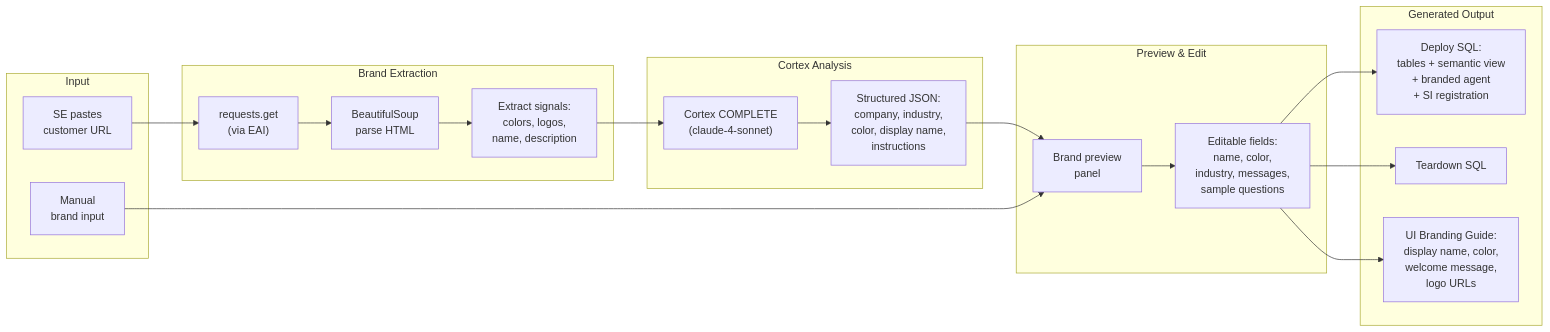
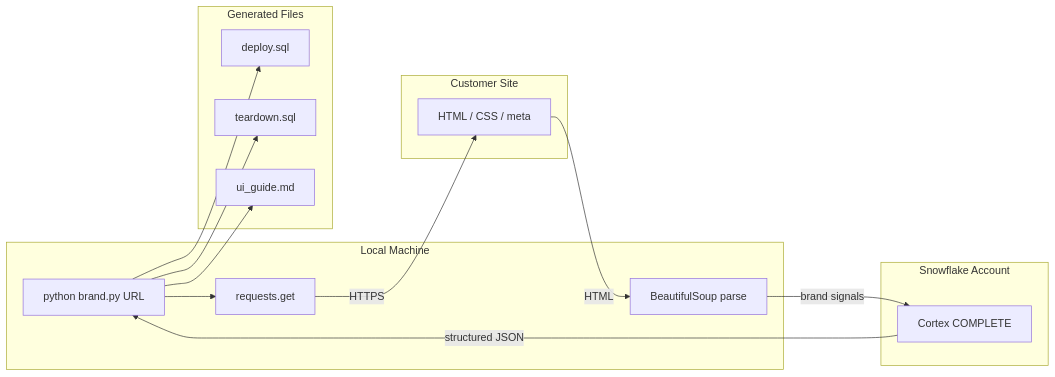
One commit to sfc-gh-miwhitaker/sfe-public changed the first of 2 diagrams in tool-si-brand-configurator/diagrams/data-flow.md. Above: the diagram before and after it, drawn with Mermaid. The commit also changed other lines of this file and 4 other files, not shown here.

First line of the commit message:
refactor: transition to a local Python CLI for brand configurator tool

````diff
--- a/tool-si-brand-configurator/diagrams/data-flow.md
+++ b/tool-si-brand-configurator/diagrams/data-flow.md
@@ -3,35 +3,30 @@
 ```mermaid
 flowchart LR
-    subgraph INPUT ["Input"]
-        A["SE pastes<br/>customer URL"]
-        B["Manual<br/>brand input"]
+    subgraph LOCAL ["Local Machine"]
+        A["python brand.py URL"]
+        B["requests.get"]
+        C["BeautifulSoup parse"]
     end
 
-    subgraph EXTRACT ["Brand Extraction"]
-        C["requests.get<br/>(via EAI)"]
-        D["BeautifulSoup<br/>parse HTML"]
-        E["Extract signals:<br/>colors, logos,<br/>name, description"]
+    subgraph EXTERNAL ["Customer Site"]
+        D["HTML / CSS / meta"]
     end
 
-    subgraph ANALYZE ["Cortex Analysis"]
-        F["Cortex COMPLETE<br/>(claude-4-sonnet)"]
-        G["Structured JSON:<br/>company, industry,<br/>color, display name,<br/>instructions"]
+    subgraph SNOWFLAKE ["Snowflake Account"]
+        E["Cortex COMPLETE"]
     end
 
-    subgraph EDIT ["Preview & Edit"]
-        H["Brand preview<br/>panel"]
-        I["Editable fields:<br/>name, color,<br/>industry, messages,<br/>sample questions"]
+    subgraph OUTPUT ["Generated Files"]
+        F["deploy.sql"]
+        G["teardown.sql"]
+        H["ui_guide.md"]
     end
 
-    subgraph OUTPUT ["Generated Output"]
-        J["Deploy SQL:<br/>tables + semantic view<br/>+ branded agent<br/>+ SI registration"]
-        K["Teardown SQL"]
-        L["UI Branding Guide:<br/>display name, color,<br/>welcome message,<br/>logo URLs"]
-    end
-
-    A --> C --> D --> E --> F --> G --> H --> I
-    B --> H
-    I --> J
-    I --> K
-    I --> L
+    A --> B -->|HTTPS| D
+    D -->|HTML| C
+    C -->|brand signals| E
+    E -->|structured JSON| A
+    A --> F
+    A --> G
+    A --> H
 ```
````
